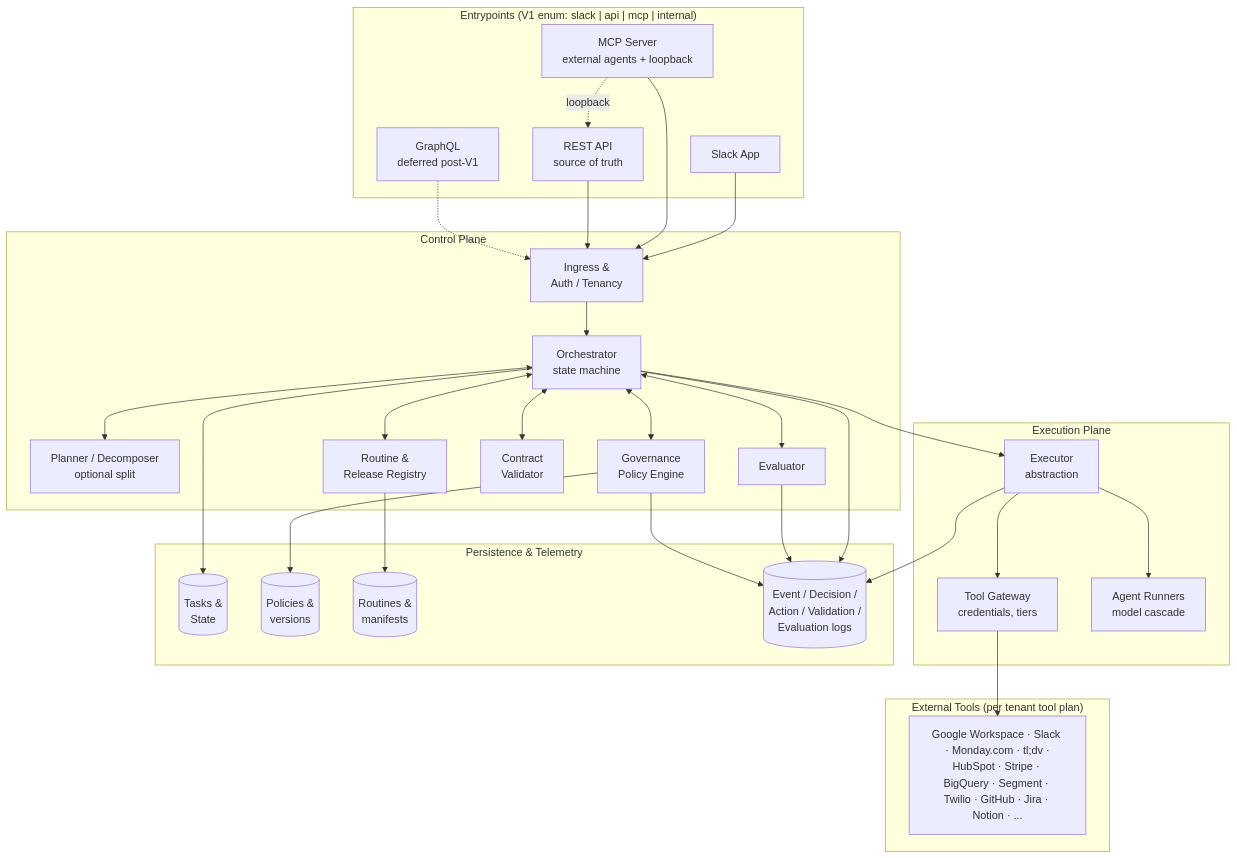
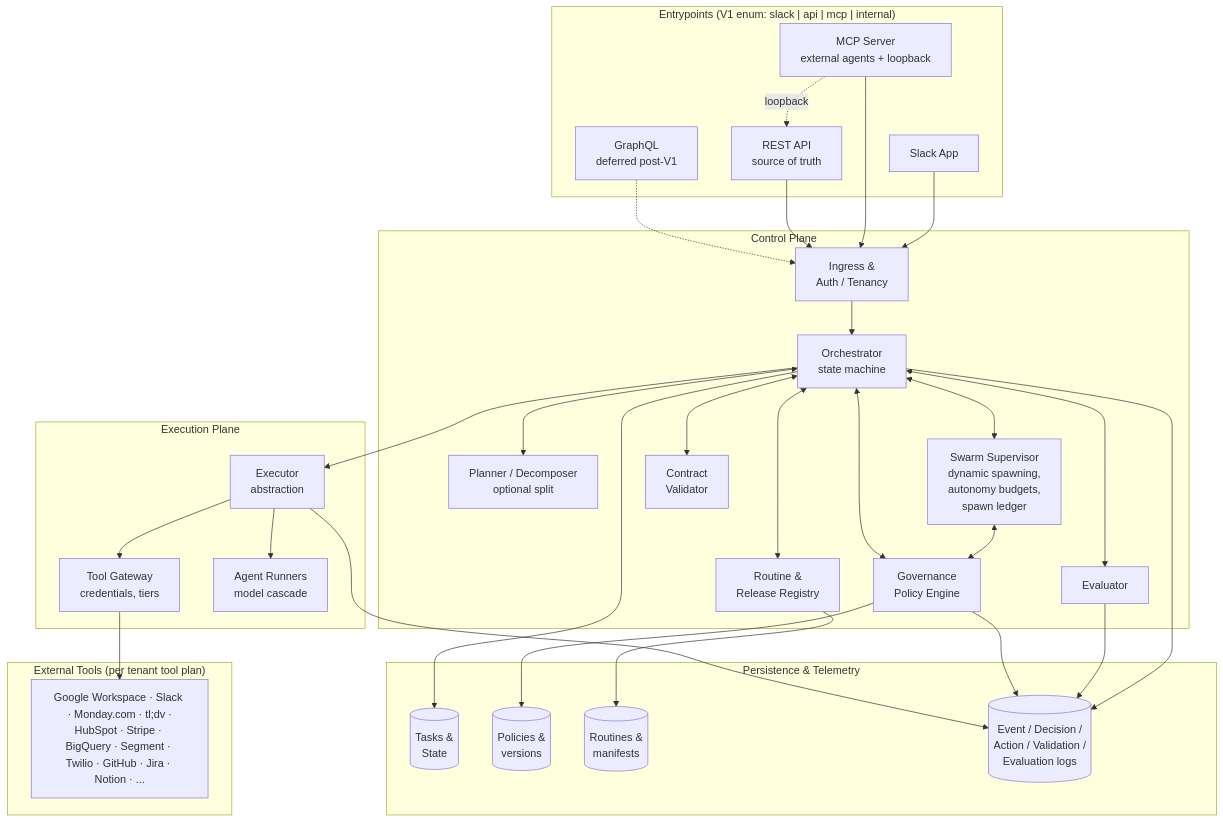
Before and after one commit to dr-robert-li/agentic-mesh-reference-arch: the first of 2 diagrams in README.md, drawn with Mermaid. The commit also changed other lines of this file and 11 other files, not shown here.

First line of the commit message:
docs: v0.1.2 swarm supervisor + autonomy budgets + candidate lifecycle

````diff
--- a/README.md
+++ b/README.md
@@ -65,63 +66,66 @@
 ```mermaid
 flowchart TB
     subgraph Entry["Entrypoints (V1 enum: slack | api | mcp | internal)"]
         SLK[Slack App]
         API[REST API<br/>source of truth]
         MCP[MCP Server<br/>external agents + loopback]
         GQL[GraphQL<br/>deferred post-V1]
     end
 
     subgraph Control["Control Plane"]
         ING[Ingress &<br/>Auth / Tenancy]
         ORCH[Orchestrator<br/>state machine]
         PLAN[Planner / Decomposer<br/>optional split]
+        SS[Swarm Supervisor<br/>dynamic spawning,<br/>autonomy budgets,<br/>spawn ledger]
         GOV[Governance<br/>Policy Engine]
         EVAL[Evaluator]
         VAL[Contract<br/>Validator]
         REG[Routine &<br/>Release Registry]
     end
 
     subgraph Exec["Execution Plane"]
         EXEC[Executor<br/>abstraction]
         GW[Tool Gateway<br/>credentials, tiers]
         AG[Agent Runners<br/>model cascade]
     end
 
     subgraph Data["Persistence & Telemetry"]
         TASKS[(Tasks &<br/>State)]
         POL[(Policies &<br/>versions)]
         ROUT[(Routines &<br/>manifests)]
         LOGS[(Event / Decision /<br/>Action / Validation /<br/>Evaluation logs)]
     end
 
     subgraph Ext["External Tools (per tenant tool plan)"]
         GW_TOOLS[Google Workspace · Slack · Monday.com · tl;dv ·<br/>HubSpot · Stripe · BigQuery · Segment · Twilio · GitHub · Jira · Notion · ...]
     end
 
     SLK --> ING
     MCP --> ING
     API --> ING
     GQL -.-> ING
     ING --> ORCH
 
     ORCH <--> PLAN
+    ORCH <--> SS
+    SS <--> GOV
     ORCH <--> GOV
     ORCH <--> EVAL
     ORCH <--> VAL
     ORCH <--> REG
     ORCH --> EXEC
 
     EXEC --> AG
     EXEC --> GW
     GW --> GW_TOOLS
 
     ORCH --> TASKS
     GOV --> POL
     REG --> ROUT
     ORCH --> LOGS
     EVAL --> LOGS
     GOV --> LOGS
     EXEC --> LOGS
 
     MCP -. loopback .-> API
 ```
````
